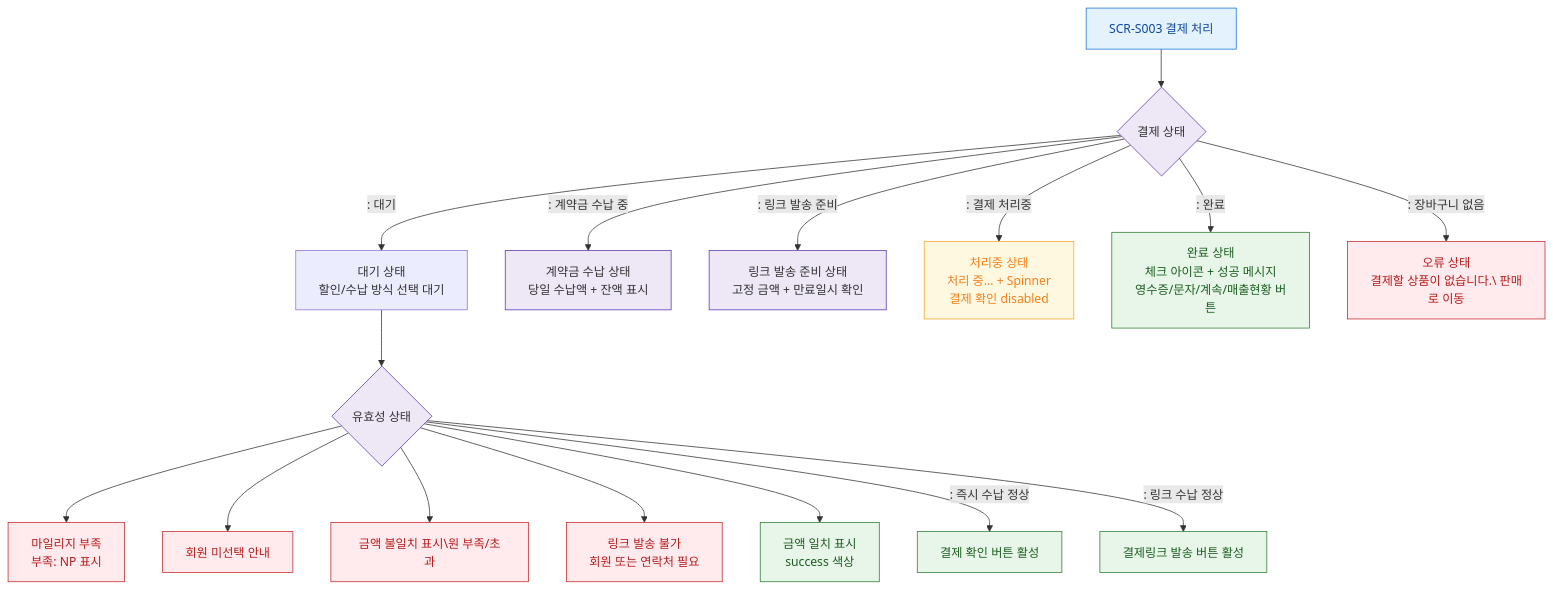
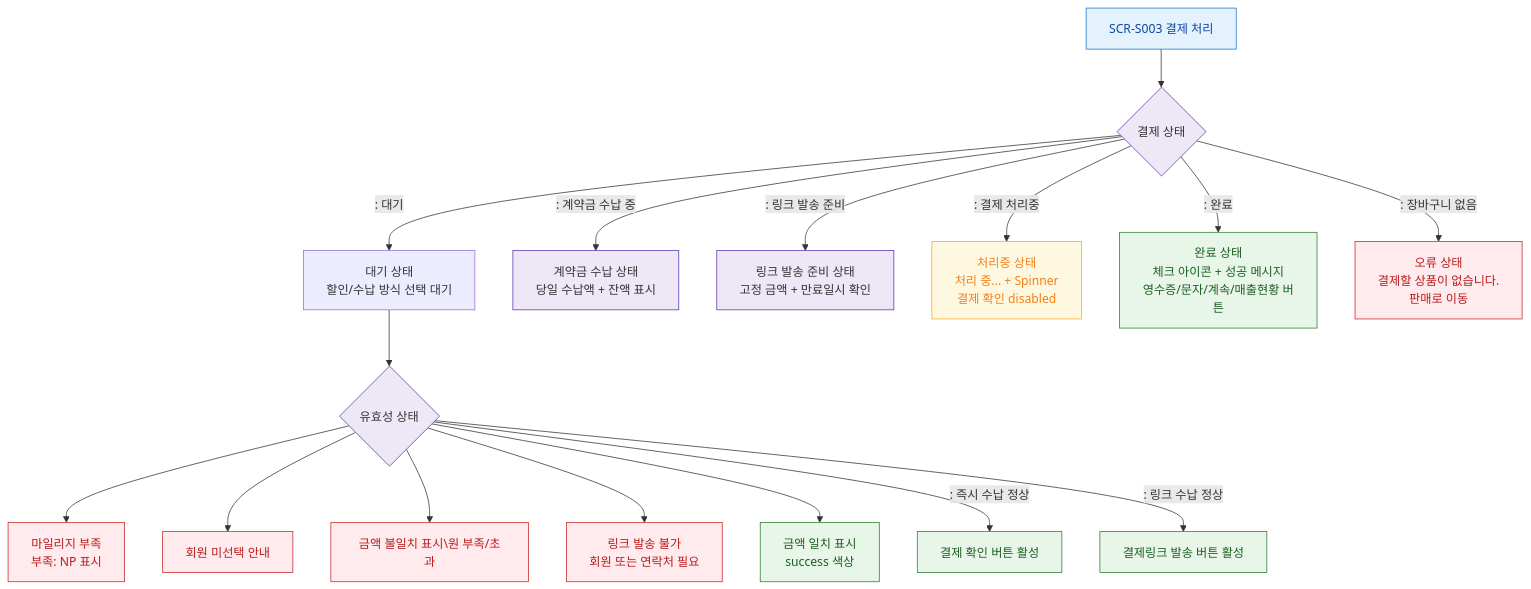
Before and after one commit to dev-spogym/admin-pando: the diagram in docs/admin/다이어그램/D03_매출관리/SCR-S003_결제처리/F6_상태별.md, drawn with Mermaid. The commit also changed 369 other files, not shown here.

````diff
--- a/docs/admin/다이어그램/D03_매출관리/SCR-S003_결제처리/F6_상태별.md
+++ b/docs/admin/다이어그램/D03_매출관리/SCR-S003_결제처리/F6_상태별.md
@@ -18,32 +18,32 @@
 ```mermaid
 flowchart TD
     S003[SCR-S003 결제 처리] --> PAY_STATE{결제 상태}
 
     PAY_STATE -->|": 대기"|IDLE[대기 상태\n할인/수납 방식 선택 대기]
     PAY_STATE -->|": 계약금 수납 중"|DEPOSIT_STATE[계약금 수납 상태\n당일 수납액 + 잔액 표시]
     PAY_STATE -->|": 링크 발송 준비"|LINK_STATE[링크 발송 준비 상태\n고정 금액 + 만료일시 확인]
     PAY_STATE -->|": 결제 처리중"|PROCESSING[처리중 상태\n처리 중... + Spinner\n결제 확인 disabled]
     PAY_STATE -->|": 완료"|COMPLETE[완료 상태\n체크 아이콘 + 성공 메시지\n영수증/문자/계속/매출현황 버튼]
-    PAY_STATE -->|": 장바구니 없음"|NO_CART[오류 상태\n결제할 상품이 없습니다.\ 판매로 이동]
+    PAY_STATE -->|": 장바구니 없음"|NO_CART[오류 상태\n결제할 상품이 없습니다.<br/> 판매로 이동]
 
     IDLE --> VALID_STATE{유효성 상태}
     VALID_STATE --> ERR_MILEAGE[마일리지 부족\n부족: NP 표시]
     VALID_STATE --> ERR_MEMBER[회원 미선택 안내]
     VALID_STATE --> ERR_MIXED[금액 불일치 표시\원 부족/초과]
     VALID_STATE --> LINK_INVALID[링크 발송 불가\n회원 또는 연락처 필요]
     VALID_STATE --> VALID_OK[금액 일치 표시\nsuccess 색상]
     VALID_STATE -->|": 즉시 수납 정상"|CONFIRM_ACTIVE[결제 확인 버튼 활성]
     VALID_STATE -->|": 링크 수납 정상"|LINK_ACTIVE[결제링크 발송 버튼 활성]
 
     classDef screen fill:#E3F2FD,stroke:#1976D2,color:#0D47A1
     classDef error fill:#FFEBEE,stroke:#C62828,color:#B71C1C
     classDef success fill:#E8F5E9,stroke:#2E7D32,color:#1B5E20
     classDef warning fill:#FFF8E1,stroke:#F9A825,color:#F57F17
     classDef system fill:#EDE7F6,stroke:#5E35B2
 
     class S003 screen
     class ERR_MILEAGE,ERR_MEMBER,ERR_MIXED,NO_CART,LINK_INVALID error
     class COMPLETE,VALID_OK,CONFIRM_ACTIVE,LINK_ACTIVE success
     class PROCESSING warning
     class PAY_STATE,VALID_STATE,DEPOSIT_STATE,LINK_STATE system
 ```
````
